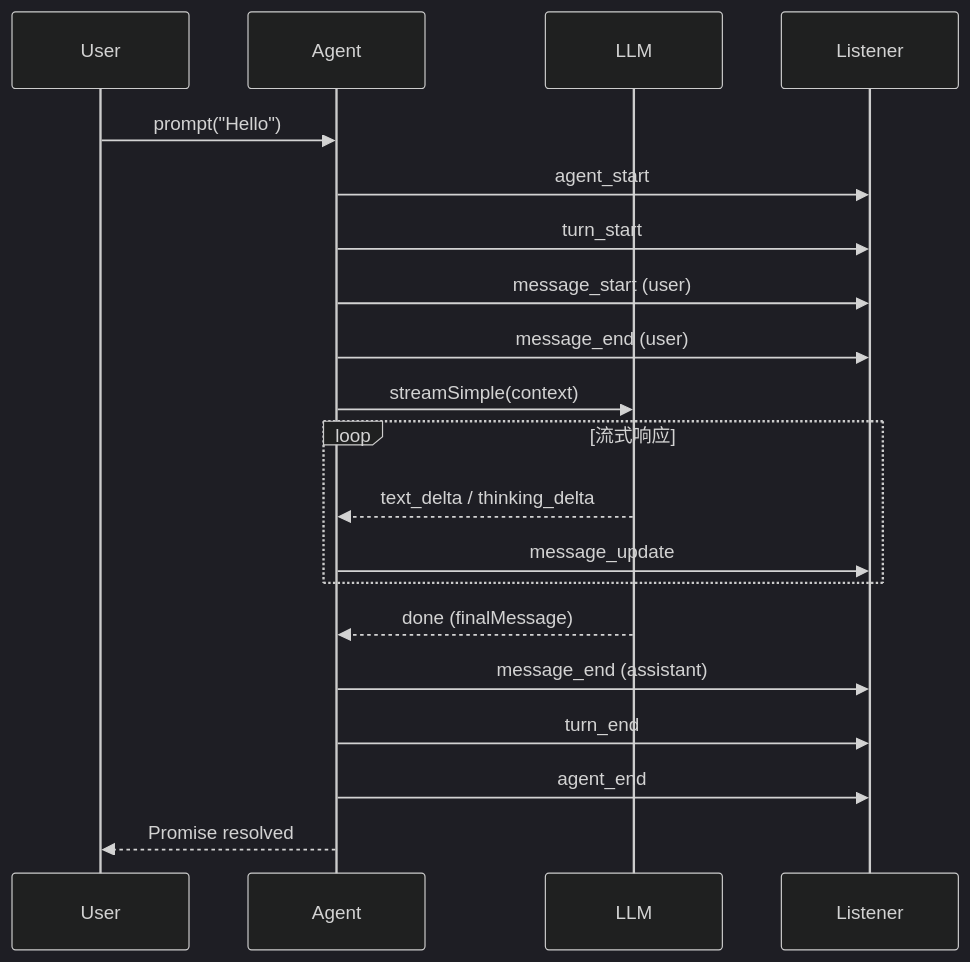
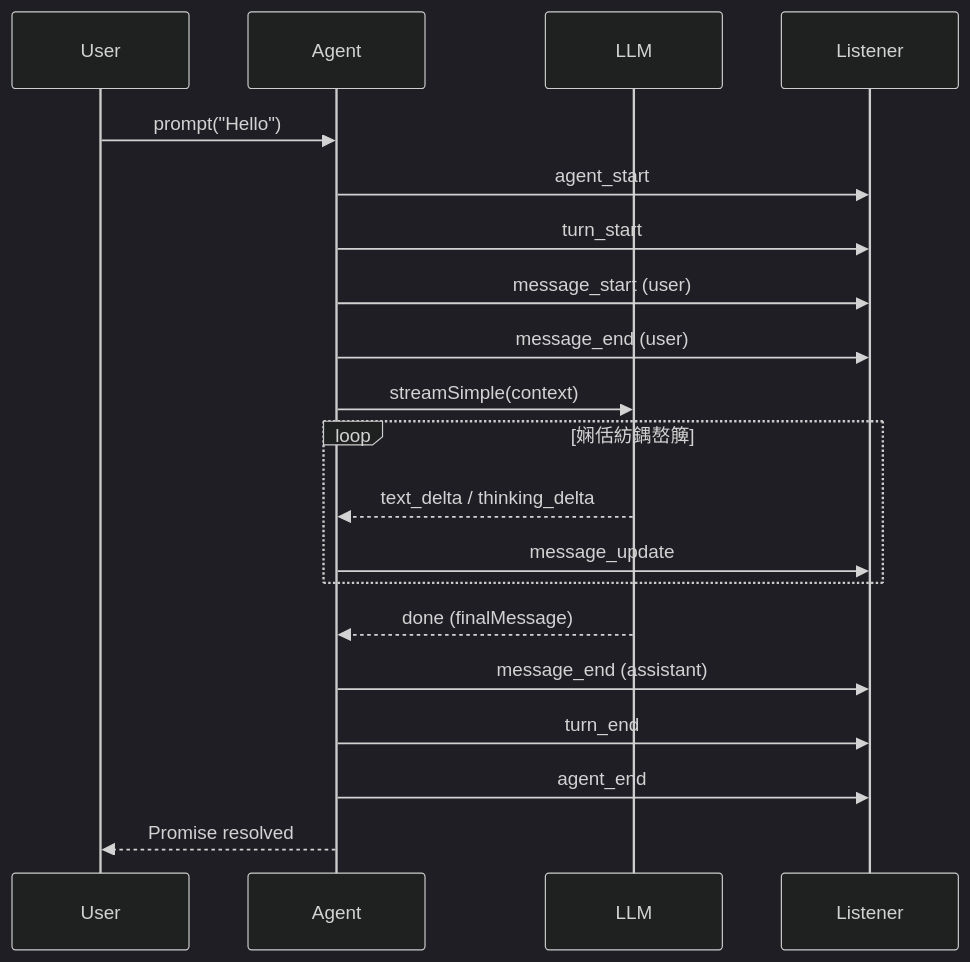
Before and after one commit to jovialchen/taomu: the second of 4 diagrams in _posts/2026-03-05-pi-monorepo-technical-analysis.md, drawn with Mermaid (dark theme). The commit also changed other lines of this file and 19 other files, not shown here.

```diff
--- a/_posts/2026-03-05-pi-monorepo-technical-analysis.md
+++ b/_posts/2026-03-05-pi-monorepo-technical-analysis.md
@@ -246,25 +223,25 @@
 <pre class="mermaid">
 sequenceDiagram
     participant User
     participant Agent
     participant LLM
     participant Listener
 
     User->>Agent: prompt("Hello")
     Agent->>Listener: agent_start
     Agent->>Listener: turn_start
     Agent->>Listener: message_start (user)
     Agent->>Listener: message_end (user)
     Agent->>LLM: streamSimple(context)
 
-    loop 流式响应
+    loop 娴佸紡鍝嶅簲
         LLM-->>Agent: text_delta / thinking_delta
         Agent->>Listener: message_update
     end
 
     LLM-->>Agent: done (finalMessage)
     Agent->>Listener: message_end (assistant)
     Agent->>Listener: turn_end
     Agent->>Listener: agent_end
     Agent-->>User: Promise resolved
 </pre>
```
